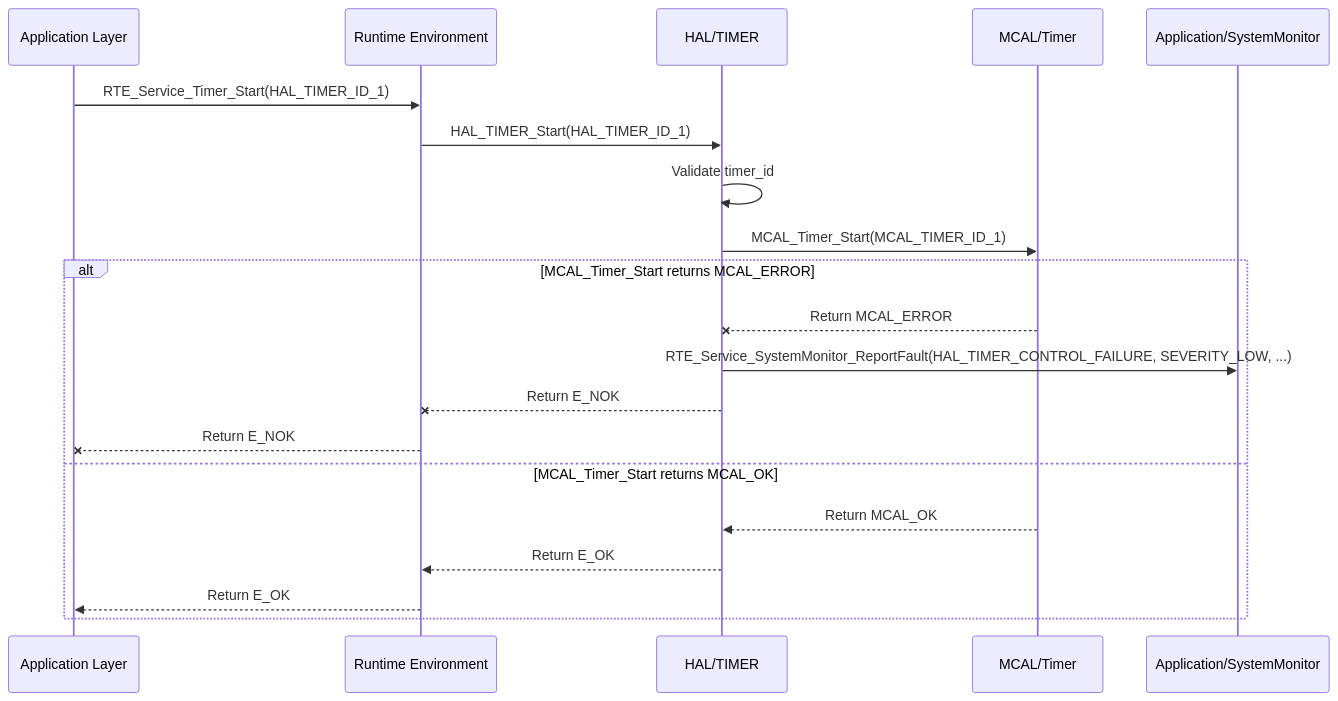
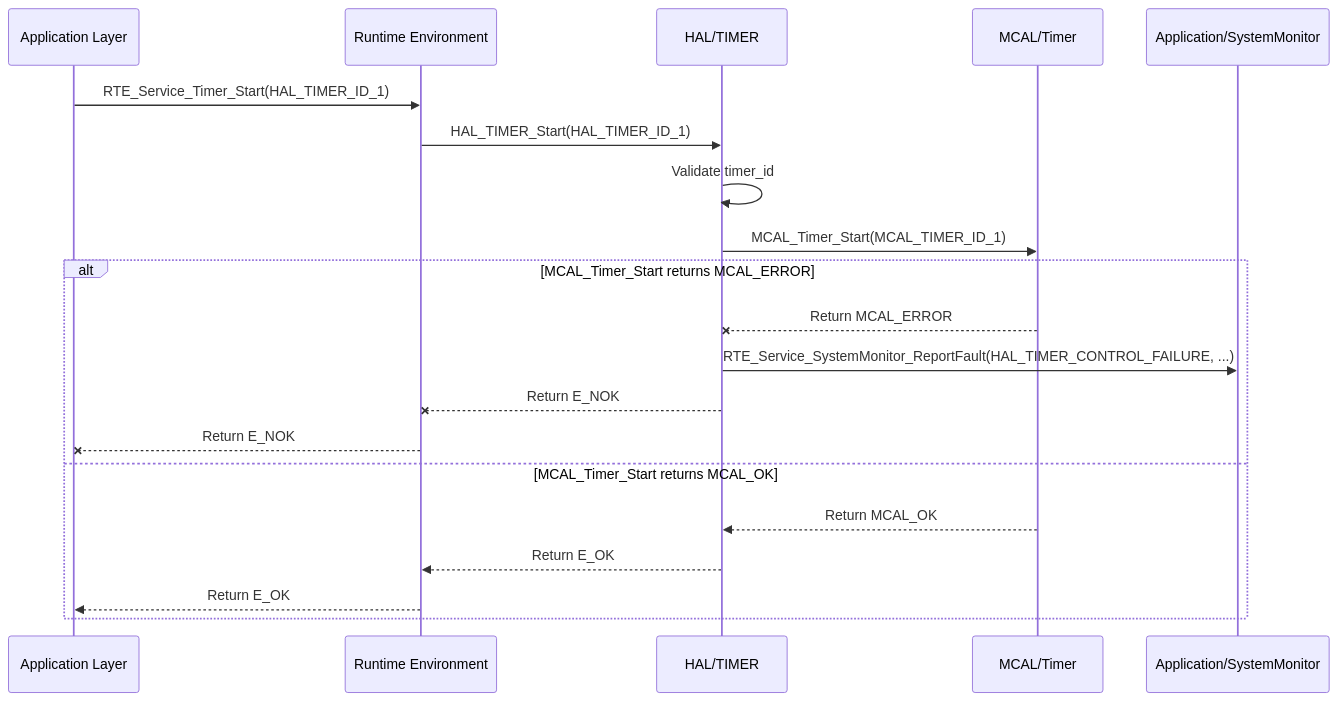
The diagram in Requiremets/Design/HAL/HAL_Timer.md (ashaker-2/Platform), drawn with Mermaid before and after one commit. The commit also changed other lines of this file and 79 other files, not shown here.

````diff
--- a/Requiremets/Design/HAL/HAL_Timer.md
+++ b/Requiremets/Design/HAL/HAL_Timer.md
@@ -216,23 +218,23 @@
 ```mermaid
 sequenceDiagram
     participant App as Application Layer
     participant RTE as Runtime Environment
     participant HAL_TIMER as HAL/TIMER
     participant MCAL_Timer as MCAL/Timer
     participant SystemMonitor as Application/SystemMonitor
 
     App->>RTE: RTE_Service_Timer_Start(HAL_TIMER_ID_1)
     RTE->>HAL_TIMER: HAL_TIMER_Start(HAL_TIMER_ID_1)
     HAL_TIMER->>HAL_TIMER: Validate timer_id
     HAL_TIMER->>MCAL_Timer: MCAL_Timer_Start(MCAL_TIMER_ID_1)
     alt MCAL_Timer_Start returns MCAL_ERROR
         MCAL_Timer--xHAL_TIMER: Return MCAL_ERROR
-        HAL_TIMER->>SystemMonitor: RTE_Service_SystemMonitor_ReportFault(HAL_TIMER_CONTROL_FAILURE, SEVERITY_LOW, ...)
+        HAL_TIMER->>SystemMonitor: RTE_Service_SystemMonitor_ReportFault(HAL_TIMER_CONTROL_FAILURE,  ...)
         HAL_TIMER--xRTE: Return E_NOK
         RTE--xApp: Return E_NOK
     else MCAL_Timer_Start returns MCAL_OK
         MCAL_Timer-->>HAL_TIMER: Return MCAL_OK
         HAL_TIMER-->>RTE: Return E_OK
         RTE-->>App: Return E_OK
     end
 ```
````
